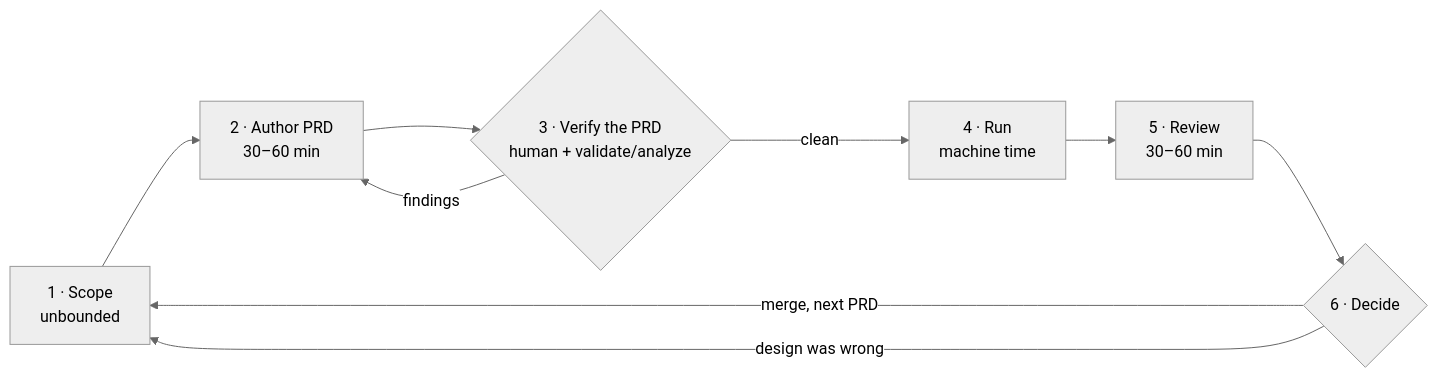
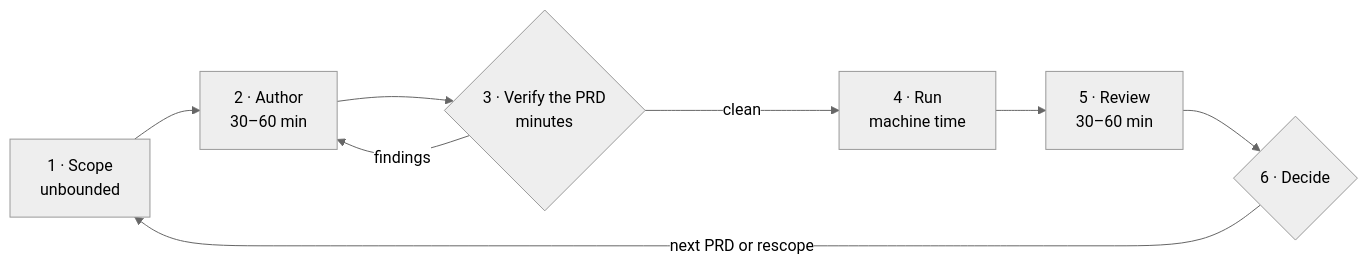
One commit to NumeronAI/zurdo.github.io changed the first of 2 diagrams in docs/workflow.md. Above: the diagram before and after it, drawn with Mermaid (neutral theme). The commit also changed other lines of this file, not shown here.

First line of the commit message:
Tighten The PRD loop page

````diff
--- a/docs/workflow.md
+++ b/docs/workflow.md
@@ -28,11 +26,10 @@
 ```mermaid
 flowchart LR
-    S["1 · Scope<br/>unbounded"] --> A["2 · Author PRD<br/>30–60 min"]
-    A --> G{"3 · Verify the PRD<br/>human + validate/analyze"}
+    S["1 · Scope<br/>unbounded"] --> A["2 · Author<br/>30–60 min"]
+    A --> G{"3 · Verify the PRD<br/>minutes"}
     G -->|findings| A
     G -->|clean| R["4 · Run<br/>machine time"]
     R --> V["5 · Review<br/>30–60 min"]
     V --> D{"6 · Decide"}
-    D -->|"merge, next PRD"| S
-    D -->|"design was wrong"| S
+    D -->|"next PRD or rescope"| S
 ```
````
